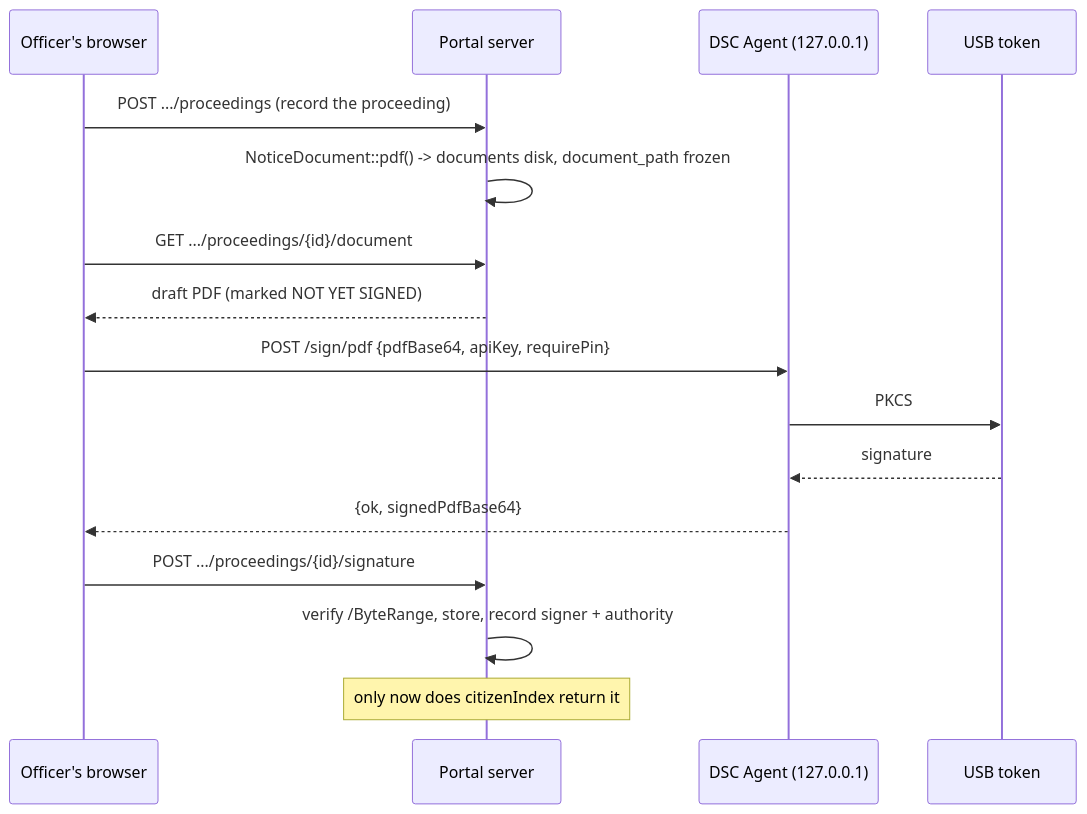
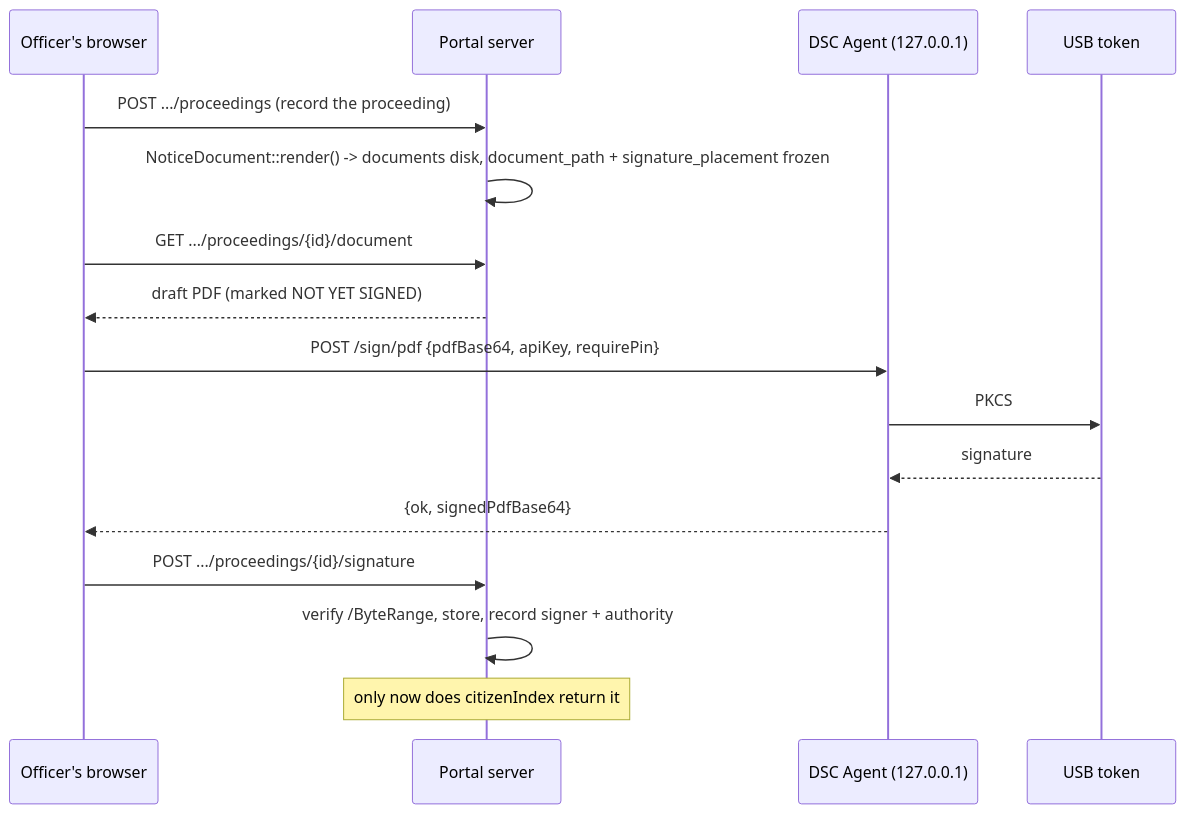
One commit to dhanmoni/tenant-system-prototype changed diagram 11 of 11 in docs/backend-architecture.md. Above: the diagram before and after it, drawn with Mermaid. The commit also changed other lines of this file and 15 other files, not shown here.

````diff
--- a/docs/backend-architecture.md
+++ b/docs/backend-architecture.md
@@ -528,19 +528,19 @@
 ```mermaid
 sequenceDiagram
     participant O as Officer's browser
     participant S as Portal server
     participant A as DSC Agent (127.0.0.1)
     participant T as USB token
 
     O->>S: POST .../proceedings  (record the proceeding)
-    S->>S: NoticeDocument::pdf() -> documents disk, document_path frozen
+    S->>S: NoticeDocument::render() -> documents disk, document_path + signature_placement frozen
     O->>S: GET .../proceedings/{id}/document
     S-->>O: draft PDF (marked NOT YET SIGNED)
     O->>A: POST /sign/pdf {pdfBase64, apiKey, requirePin}
     A->>T: PKCS#11, agent prompts for the PIN itself
     T-->>A: signature
     A-->>O: {ok, signedPdfBase64}
     O->>S: POST .../proceedings/{id}/signature
     S->>S: verify /ByteRange, store, record signer + authority
     Note over S: only now does citizenIndex return it
 ```
````
